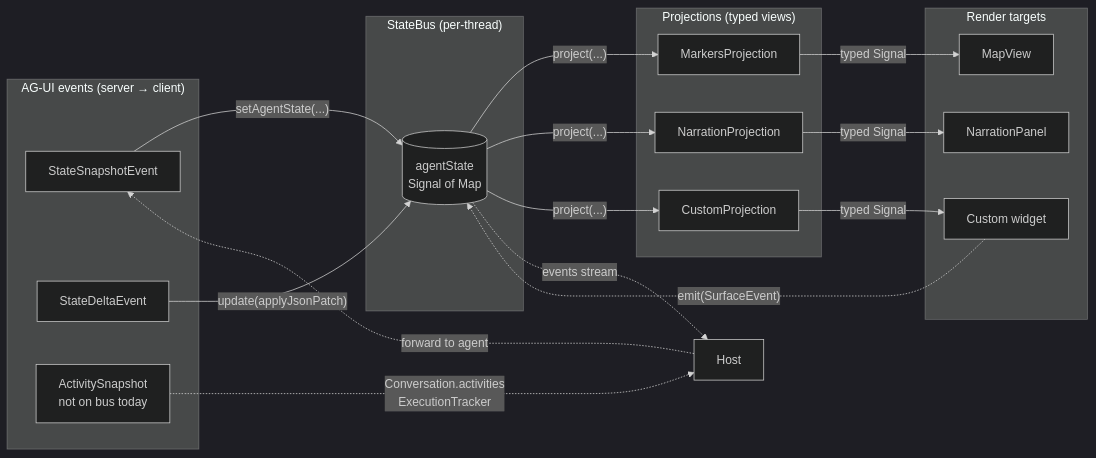
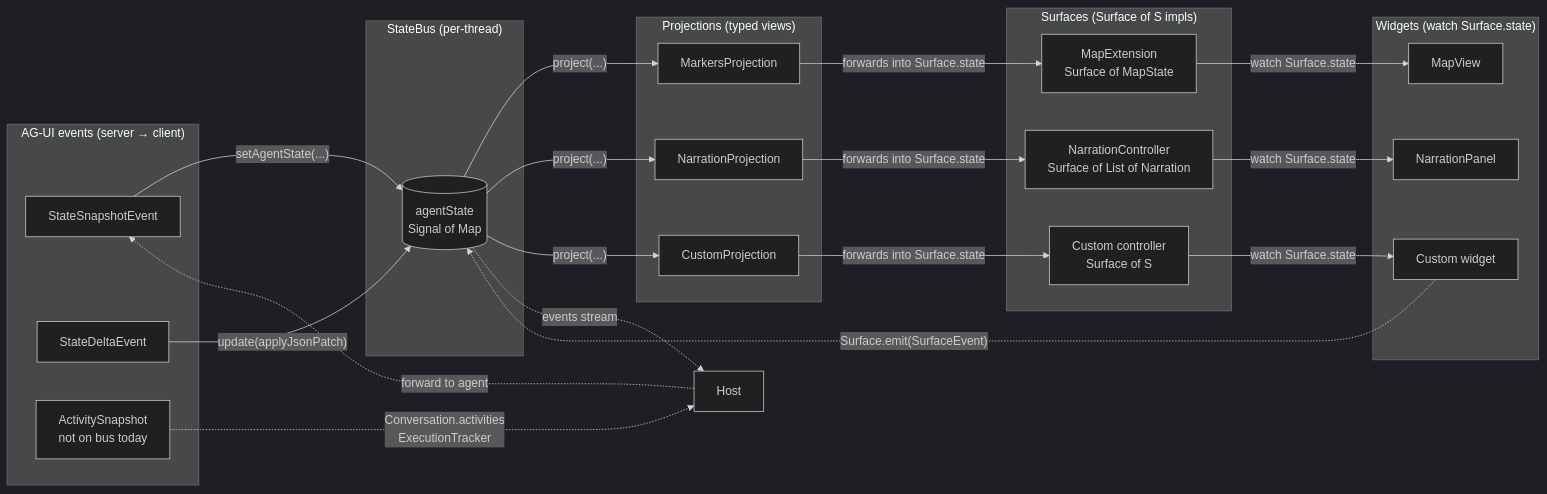
One commit to johnboyle5/frontend changed the first of 2 diagrams in docs/state-bus.md. Above: the diagram before and after it, drawn with Mermaid (dark theme). The commit also changed other lines of this file, not shown here.

Commit message:
docs(state-bus): clarify Surface vs Widget in data-flow diagram
Reviewer caught the sloppy "Render targets" labeling — what owns the
signal is a Surface<S> (mapExtension, narrationController), and the
widget (MapView, NarrationPanel) is the downstream consumer that
watches Surface.state. Two distinct things.

Diagram now has two columns on the right:

- "Surfaces" — Surface<S> implementations (controllers with id +
  state signal + emit)
- "Widgets" — Flutter views that watch Surface.state

Edges relabeled to be precise:

- Projection -> Surface: "forwards into Surface.state"
- Surface -> Widget: "watch Surface.state"
- Widget write-back: "Surface.emit(SurfaceEvent)" (write-back
  actually happens via the Surface.emit override, not directly from
  the widget — the widget calls into its surface)

Prose under the diagram now explicitly distinguishes Surface
(contract this PR ships) from concrete impls + widgets (follow-up
PRs).

````diff
--- a/docs/state-bus.md
+++ b/docs/state-bus.md
@@ -55,40 +55,50 @@
 ```mermaid
 flowchart LR
     subgraph AGUI["AG-UI events (server → client)"]
         Snap[StateSnapshotEvent]
         Delta[StateDeltaEvent]
         Act[ActivitySnapshot<br/>not on bus today]
     end
 
     subgraph BUS["StateBus (per-thread)"]
         AgentState[("agentState<br/>Signal of Map")]
     end
 
     subgraph PROJ["Projections (typed views)"]
         P1[MarkersProjection]
         P2[NarrationProjection]
         P3[CustomProjection]
     end
 
-    subgraph TGT["Render targets"]
-        T1[MapView]
-        T2[NarrationPanel]
-        T3[Custom widget]
+    subgraph TGT["Surfaces (Surface of S impls)"]
+        T1["MapExtension<br/>Surface of MapState"]
+        T2["NarrationController<br/>Surface of List of Narration"]
+        T3["Custom controller<br/>Surface of S"]
+    end
+
+    subgraph WID["Widgets (watch Surface.state)"]
+        W1[MapView]
+        W2[NarrationPanel]
+        W3[Custom widget]
     end
 
     Snap -- "setAgentState(...)" --> AgentState
     Delta -- "update(applyJsonPatch)" --> AgentState
     Act -. "Conversation.activities<br/>ExecutionTracker" .-> Host["Host"]
 
     AgentState -- "project(...)" --> P1
     AgentState -- "project(...)" --> P2
     AgentState -- "project(...)" --> P3
 
-    P1 -- "typed Signal" --> T1
-    P2 -- "typed Signal" --> T2
-    P3 -- "typed Signal" --> T3
+    P1 -- "forwards into Surface.state" --> T1
+    P2 -- "forwards into Surface.state" --> T2
+    P3 -- "forwards into Surface.state" --> T3
 
-    T3 -. "emit(SurfaceEvent)" .-> AgentState
+    T1 -- "watch Surface.state" --> W1
+    T2 -- "watch Surface.state" --> W2
+    T3 -- "watch Surface.state" --> W3
+
+    W3 -. "Surface.emit(SurfaceEvent)" .-> AgentState
     AgentState -. "events stream" .-> Host
     Host -. "forward to agent" .-> Snap
 ```
````
